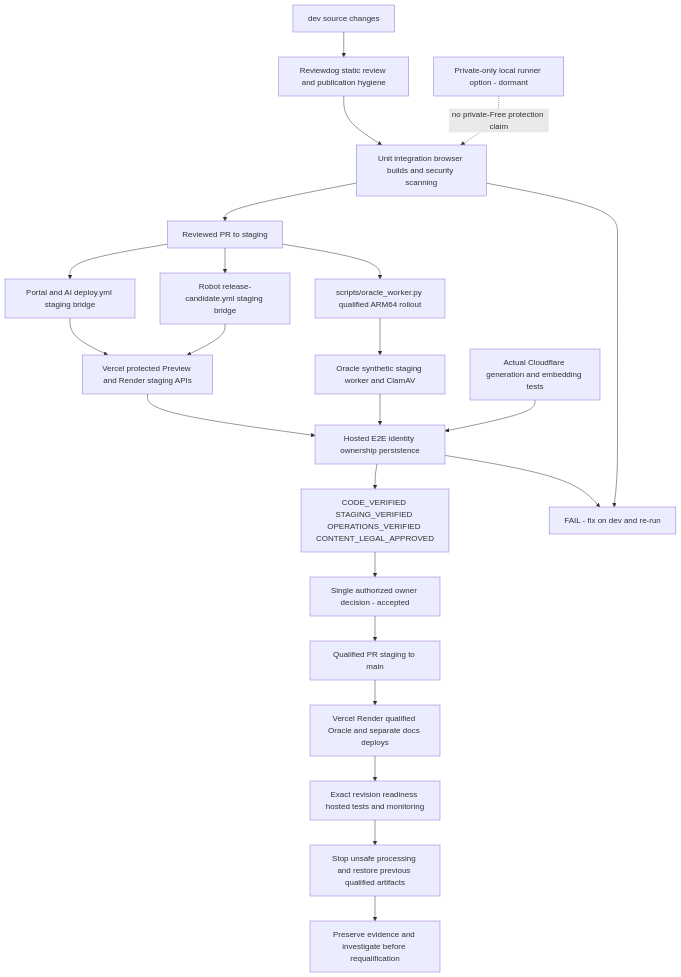
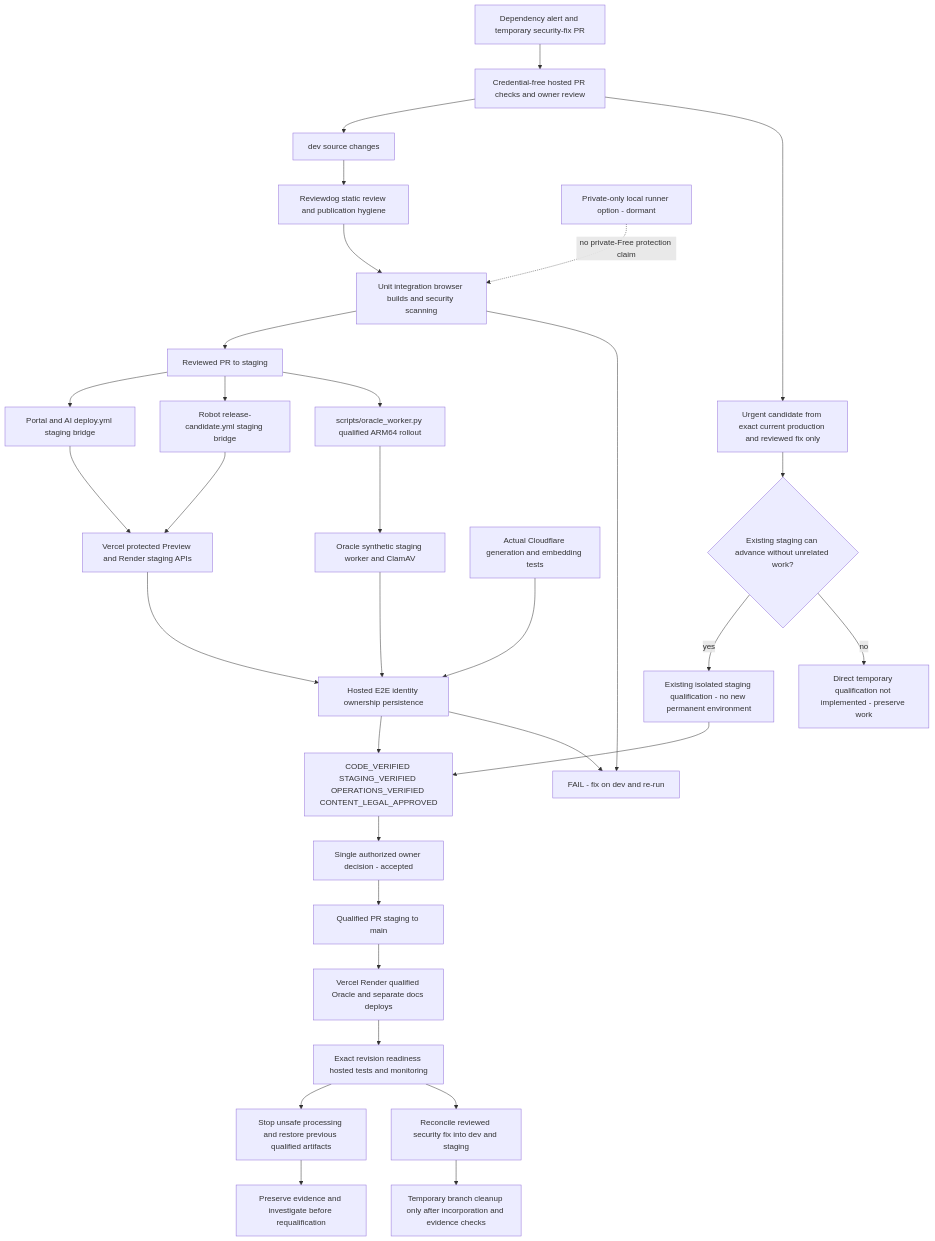
The diagram in docs/diagrams/delivery-current.mmd (DruHustle/onesa-ai-platform), drawn with Mermaid before and after one commit. The commit also changed 11 other files, not shown here.

Commit message:
Align reviewed security fixes with permanent branch release policy

```diff
--- a/docs/diagrams/delivery-current.mmd
+++ b/docs/diagrams/delivery-current.mmd
@@ -1,23 +1,33 @@
 flowchart TB
 Dev[dev source changes] --> Review[Reviewdog static review and publication hygiene]
 Review --> CI[Unit integration browser builds and security scanning]
 CI --> Stage[Reviewed PR to staging]
 Stage --> Bridge[Portal and AI deploy.yml staging bridge]
 Stage --> Robot[Robot release-candidate.yml staging bridge]
 Bridge --> VS[Vercel protected Preview and Render staging APIs]
 Robot --> VS
 Stage --> ARM[scripts/oracle_worker.py qualified ARM64 rollout]
 ARM --> Oracle[Oracle synthetic staging worker and ClamAV]
 VS --> Acceptance[Hosted E2E identity ownership persistence]
 Oracle --> Acceptance
 CF[Actual Cloudflare generation and embedding tests] --> Acceptance
 Acceptance --> Gates[CODE_VERIFIED STAGING_VERIFIED OPERATIONS_VERIFIED CONTENT_LEGAL_APPROVED]
 Gates --> Owner[Single authorized owner decision - accepted]
 Owner --> Main[Qualified PR staging to main]
 Main --> Prod[Vercel Render qualified Oracle and separate docs deploys]
 Prod --> Verify[Exact revision readiness hosted tests and monitoring]
 CI --> Fail[FAIL - fix on dev and re-run]
 Acceptance --> Fail
 Verify --> Recovery[Stop unsafe processing and restore previous qualified artifacts]
 Recovery --> Investigate[Preserve evidence and investigate before requalification]
 Runner[Private-only local runner option - dormant] -. no private-Free protection claim .-> CI
+
+Security[Dependency alert and temporary security-fix PR] --> BotCI[Credential-free hosted PR checks and owner review]
+BotCI --> Dev
+BotCI --> Urgent[Urgent candidate from exact current production and reviewed fix only]
+Urgent --> Feasible{Existing staging can advance without unrelated work?}
+Feasible -->|yes| Isolated[Existing isolated staging qualification - no new permanent environment]
+Feasible -->|no| Blocked[Direct temporary qualification not implemented - preserve work]
+Isolated --> Gates
+Verify --> Reconcile[Reconcile reviewed security fix into dev and staging]
+Reconcile --> Cleanup[Temporary branch cleanup only after incorporation and evidence checks]
```
